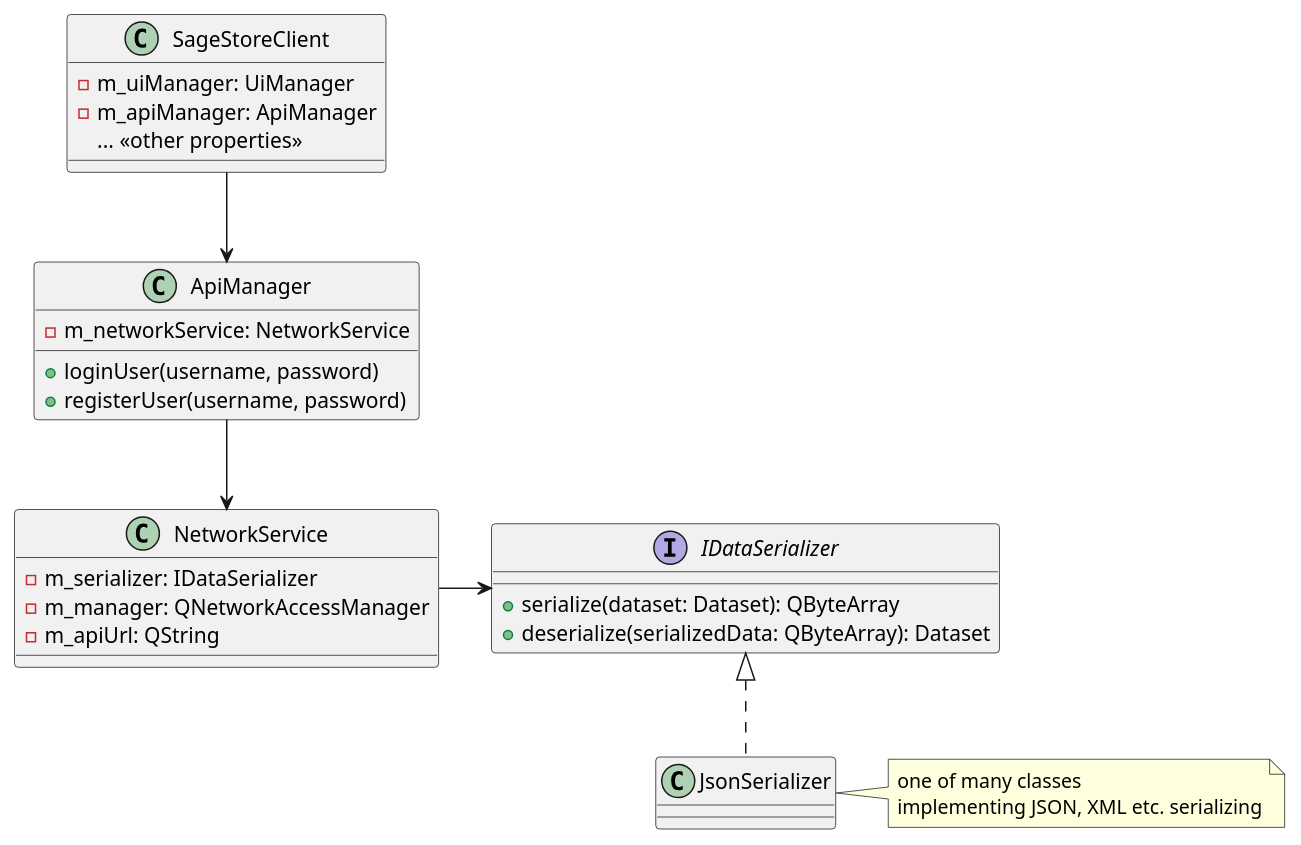
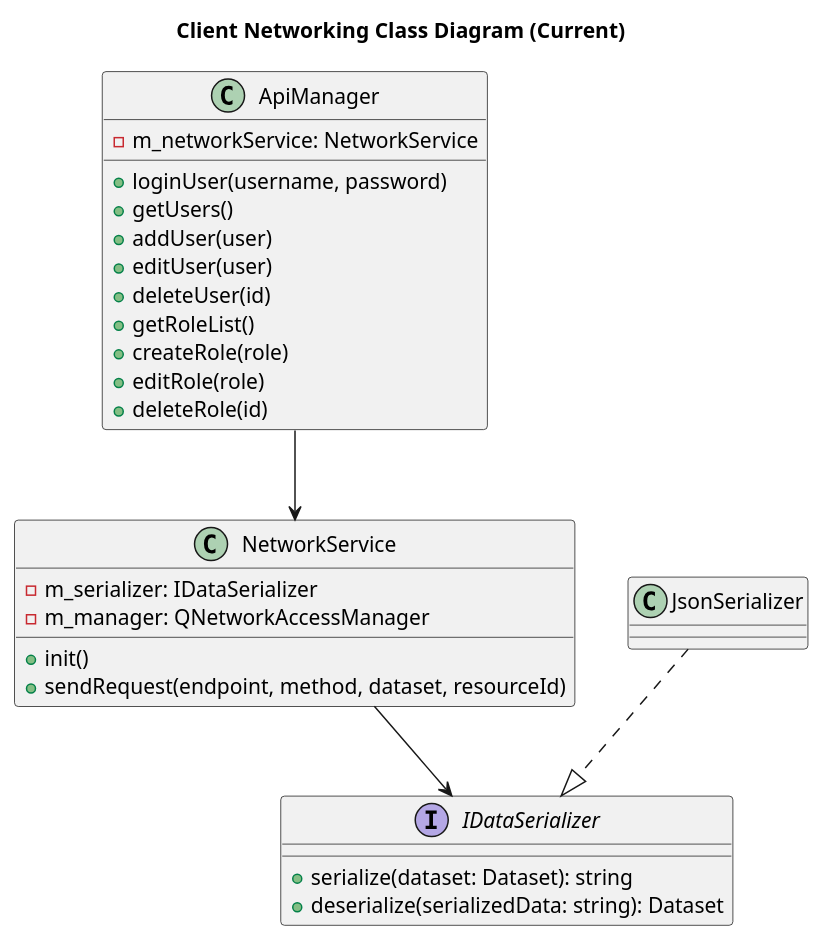
The diagram in docs/client/plantuml/Networking_CD.puml (Sage-Cat/SageStore), drawn with PlantUML before and after one commit. The commit also changed 15 other files, not shown here.

Commit message:
docs: align architecture docs and status with implemented baseline

```diff
--- a/docs/client/plantuml/Networking_CD.puml
+++ b/docs/client/plantuml/Networking_CD.puml
@@ -1,35 +1,35 @@
 @startuml
-class SageStoreClient {
-    -m_uiManager: UiManager
-    -m_apiManager: ApiManager
-    ... <<other properties>>
+title Client Networking Class Diagram (Current)
+
+class ApiManager {
+    - m_networkService: NetworkService
+    + loginUser(username, password)
+    + getUsers()
+    + addUser(user)
+    + editUser(user)
+    + deleteUser(id)
+    + getRoleList()
+    + createRole(role)
+    + editRole(role)
+    + deleteRole(id)
 }
 
 class NetworkService {
-    -m_serializer: IDataSerializer
-    -m_manager: QNetworkAccessManager
-    -m_apiUrl: QString
-}
-
-class ApiManager
-{
-    -m_networkService: NetworkService
-    + loginUser(username, password)
-    + registerUser(username, password)
+    - m_serializer: IDataSerializer
+    - m_manager: QNetworkAccessManager
+    + init()
+    + sendRequest(endpoint, method, dataset, resourceId)
 }
 
 interface IDataSerializer {
-    +serialize(dataset: Dataset): QByteArray
-    +deserialize(serializedData: QByteArray): Dataset
+    + serialize(dataset: Dataset): string
+    + deserialize(serializedData: string): Dataset
 }
 
-class JsonSerializer implements IDataSerializer {
-}
+class JsonSerializer
 
-SageStoreClient  --> ApiManager
-ApiManager  --> NetworkService
-NetworkService  -> IDataSerializer
-
-note right of JsonSerializer : one of many classes \nimplementing JSON, XML etc. serializing
+ApiManager --> NetworkService
+NetworkService --> IDataSerializer
+JsonSerializer ..|> IDataSerializer
 
 @enduml
```
